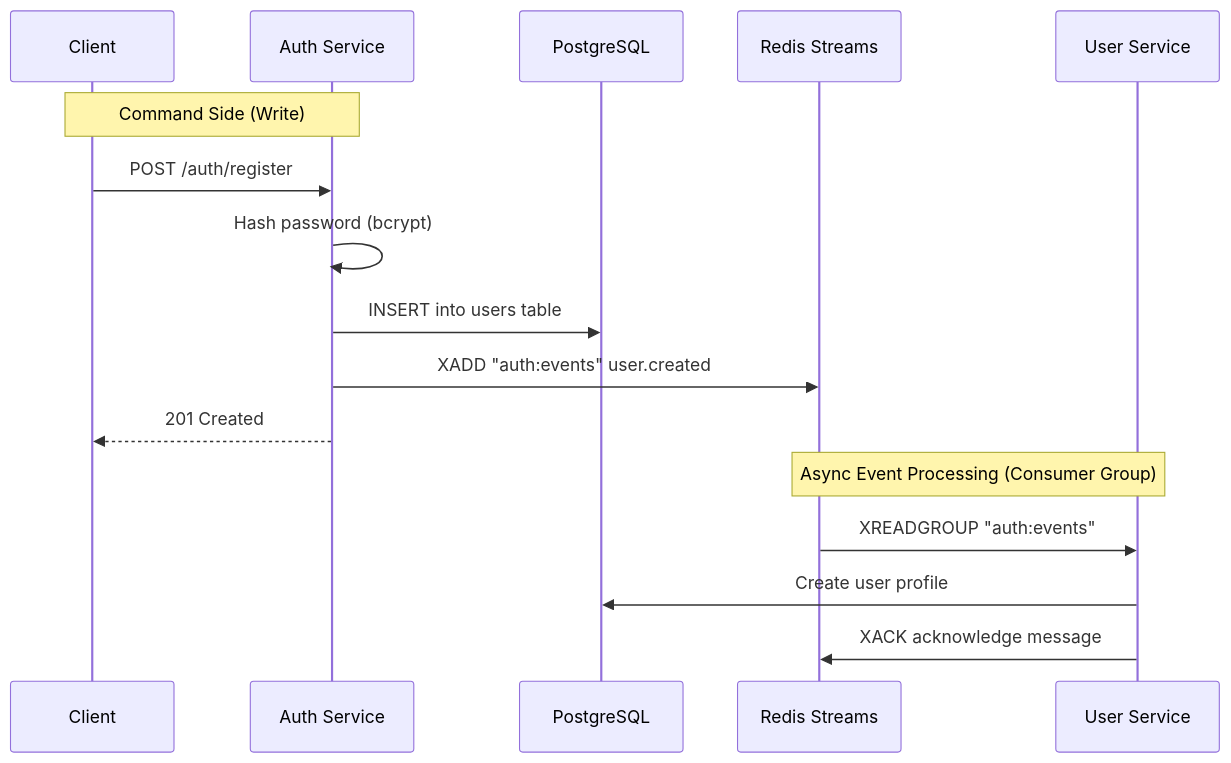
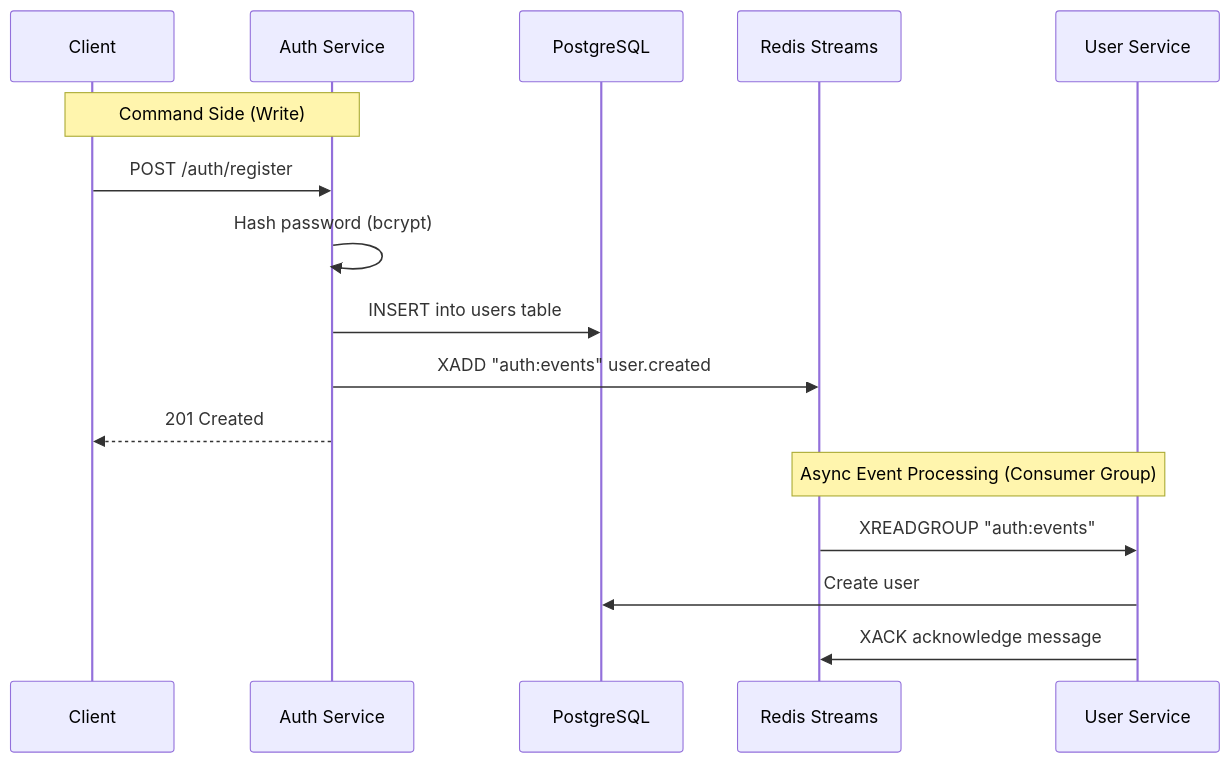
Before and after one commit to aldoignatachandra/Go-Microservices-Redis-Boilerplate: the second of 2 diagrams in README.md, drawn with Mermaid. The commit also changed other lines of this file and 63 other files, not shown here.

````diff
--- a/README.md
+++ b/README.md
@@ -101,20 +101,20 @@
 ```mermaid
 sequenceDiagram
   participant C as Client
   participant A as Auth Service
   participant D as PostgreSQL
   participant R as Redis Streams
   participant U as User Service
 
   Note over C,A: Command Side (Write)
   C->>A: POST /auth/register
   A->>A: Hash password (bcrypt)
   A->>D: INSERT into users table
   A->>R: XADD "auth:events" user.created
   A-->>C: 201 Created
 
   Note over R,U: Async Event Processing (Consumer Group)
   R->>U: XREADGROUP "auth:events"
-  U->>D: Create user profile
+  U->>D: Create user
   U->>R: XACK acknowledge message
 ```
````
